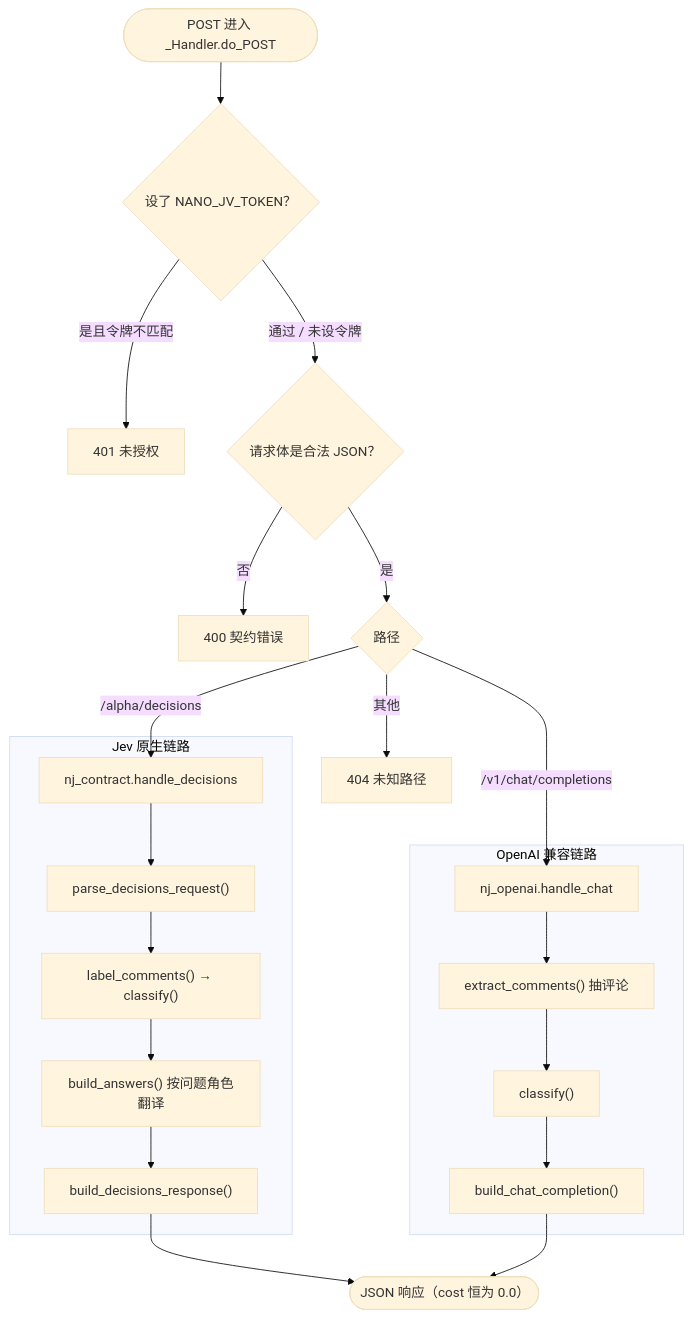
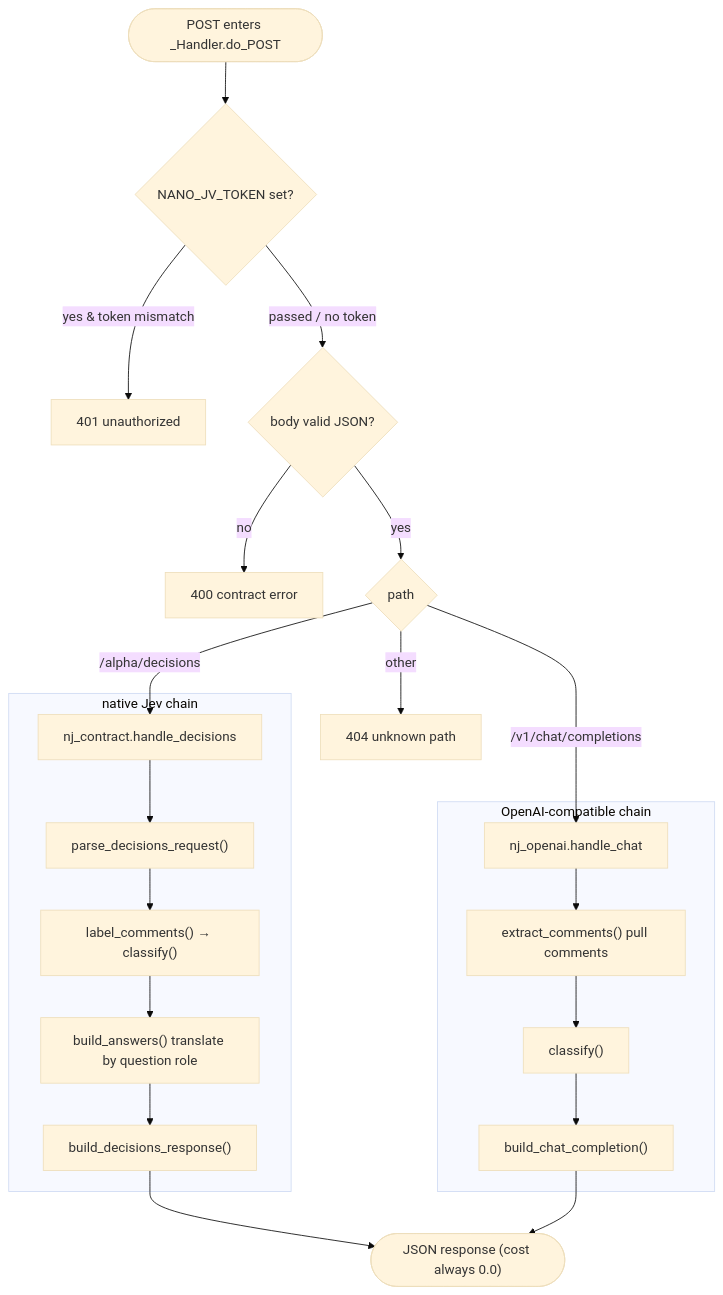
The second of 2 diagrams in README.md (JUNNYOfficial/nano_jev), drawn with Mermaid (base theme) before and after one commit. The commit also changed other lines of this file and 1 other file, not shown here.

````diff
--- a/README.md
+++ b/README.md
@@ -192,28 +209,28 @@
 ```mermaid
 flowchart TD
-    START(["POST 进入 _Handler.do_POST"]) --> AUTH{"设了 NANO_JV_TOKEN？"}
-    AUTH -- "是且令牌不匹配" --> E401["401 未授权"]
-    AUTH -- "通过 / 未设令牌" --> JSON{"请求体是合法 JSON？"}
-    JSON -- 否 --> E400["400 契约错误"]
-    JSON -- 是 --> ROUTE{"路径"}
+    START(["POST enters _Handler.do_POST"]) --> AUTH{"NANO_JV_TOKEN set?"}
+    AUTH -- "yes & token mismatch" --> E401["401 unauthorized"]
+    AUTH -- "passed / no token" --> JSON{"body valid JSON?"}
+    JSON -- "no" --> E400["400 contract error"]
+    JSON -- "yes" --> ROUTE{"path"}
 
     ROUTE -- "/alpha/decisions" --> HD["nj_contract.handle_decisions"]
     ROUTE -- "/v1/chat/completions" --> HC["nj_openai.handle_chat"]
-    ROUTE -- "其他" --> E404["404 未知路径"]
+    ROUTE -- "other" --> E404["404 unknown path"]
 
-    subgraph P1["Jev 原生链路"]
+    subgraph P1["native Jev chain"]
         HD --> PD["parse_decisions_request()"]
         PD --> LC["label_comments() → classify()"]
-        LC --> BA["build_answers() 按问题角色翻译"]
+        LC --> BA["build_answers() translate by question role"]
         BA --> BR["build_decisions_response()"]
     end
 
-    subgraph P2["OpenAI 兼容链路"]
-        HC --> EX["extract_comments() 抽评论"]
+    subgraph P2["OpenAI-compatible chain"]
+        HC --> EX["extract_comments() pull comments"]
         EX --> CL["classify()"]
         CL --> BC["build_chat_completion()"]
     end
 
-    BR --> RESP(["JSON 响应（cost 恒为 0.0）"])
+    BR --> RESP(["JSON response (cost always 0.0)"])
     BC --> RESP
 ```
````
